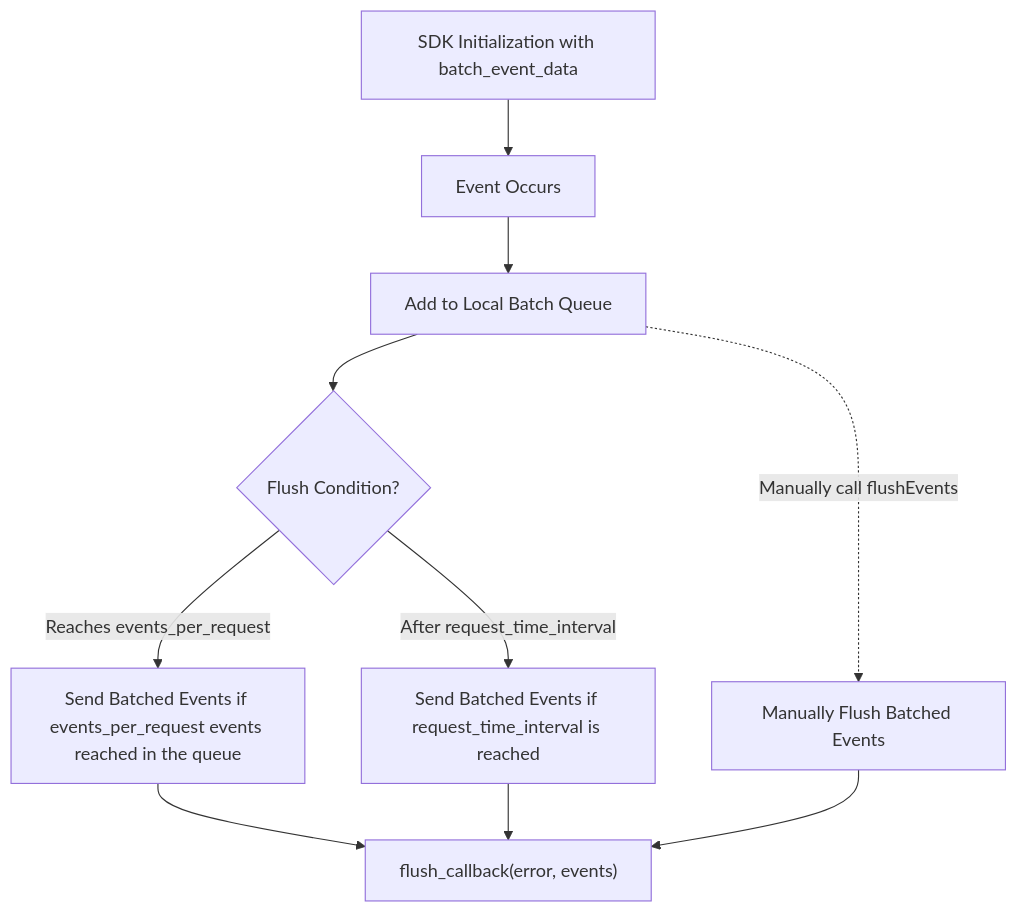
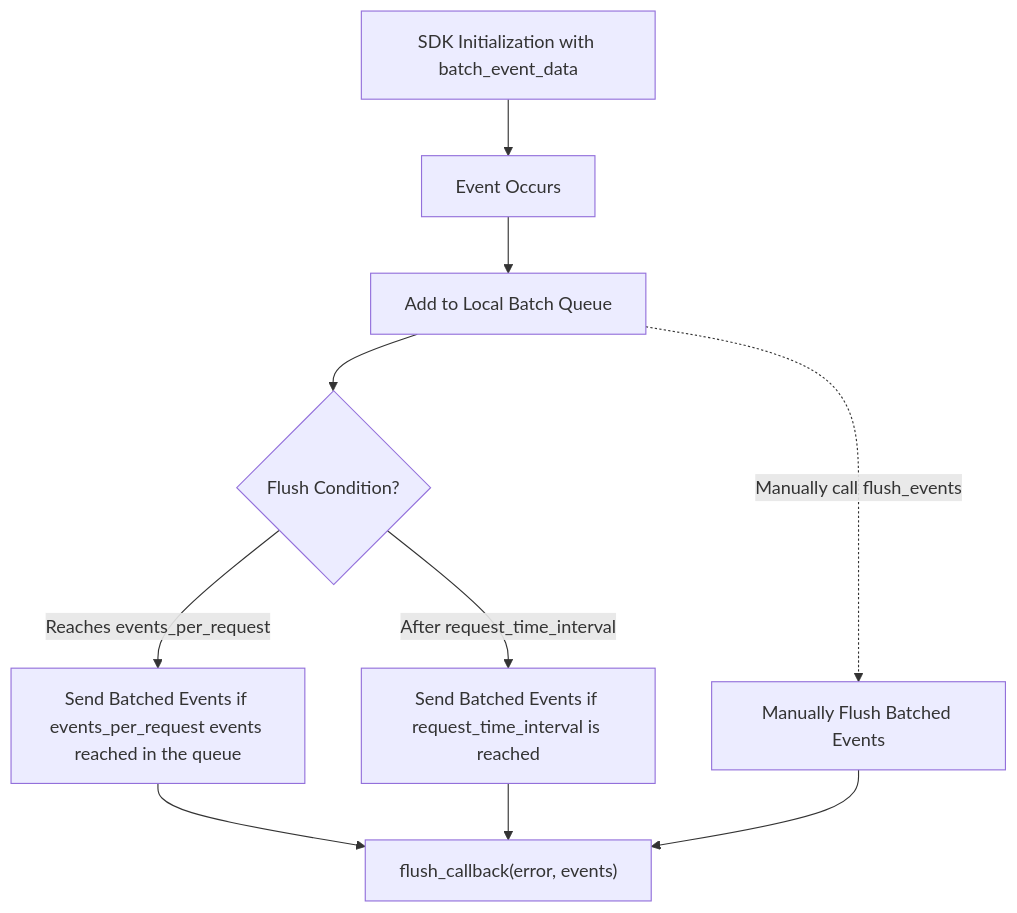
One commit to wingify/readme-central changed the diagram in docs/SDK Reference/server-side-sdks/fme-python/fme-python-event-batching.md. Above: the diagram before and after it, drawn with Mermaid. The commit also changed other lines of this file, not shown here.

````diff
--- a/docs/SDK Reference/server-side-sdks/fme-python/fme-python-event-batching.md
+++ b/docs/SDK Reference/server-side-sdks/fme-python/fme-python-event-batching.md
@@ -197,26 +197,26 @@
 ```mermaid
 flowchart TD
     A["SDK Initialization with batch_event_data"] --> B["Event Occurs"]
     B --> C["Add to Local Batch Queue"]
 
     %% Automatic Flushing triggers
     C --> D1{"Flush Condition?"}
     D1 -->|"Reaches events_per_request"| E1["Send Batched Events if events_per_request events reached in the queue"]
     D1 -->|"After request_time_interval"| E2["Send Batched Events if request_time_interval is reached"]
 
     %% Manual Flush
-    C -.->|"Manually call flushEvents"| E3["Manually Flush Batched Events"]
+    C -.->|"Manually call flush_events"| E3["Manually Flush Batched Events"]
 
     %% All flushes trigger callback
     E1 --> X["flush_callback(error, events)"]
     E2 --> X
     E3 --> X
 
     %% Assign classes
     class A,B,C,D1,E1,E2,E3 step;
     class X callback;
 
 		%% Define styles
     classDef check fill:#bbf,stroke:#333,stroke-width:1px,color:#000
 
 ```
````
